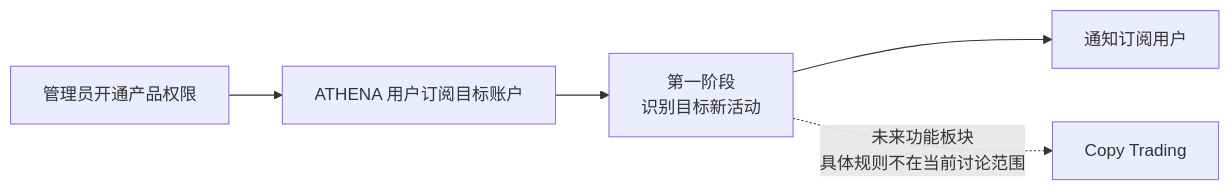
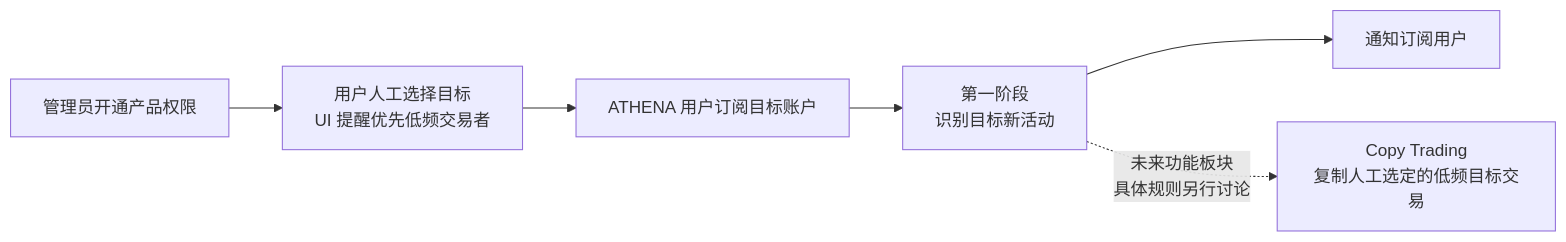
The diagram in docs/requirements/polymarket-copy-trading/README.md (useryege/athena-o), drawn with Mermaid before and after one commit. The commit also changed other lines of this file and 2 other files, not shown here.

````diff
--- a/docs/requirements/polymarket-copy-trading/README.md
+++ b/docs/requirements/polymarket-copy-trading/README.md
@@ -18,7 +22,8 @@
 ```mermaid
 flowchart LR
-    A[管理员开通产品权限] --> B[ATHENA 用户订阅目标账户]
+    A[管理员开通产品权限] --> SELECT[用户人工选择目标<br/>UI 提醒优先低频交易者]
+    SELECT --> B[ATHENA 用户订阅目标账户]
     B --> C[第一阶段<br/>识别目标新活动]
     C --> D[通知订阅用户]
-    C -. 未来功能板块<br/>具体规则不在当前讨论范围 .-> E[Copy Trading]
+    C -. 未来功能板块<br/>具体规则另行讨论 .-> E[Copy Trading<br/>复制人工选定的低频目标交易]
 ```
````
